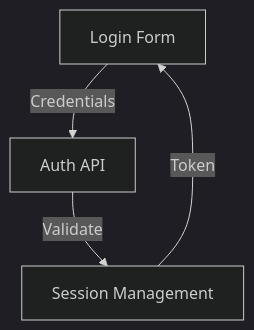
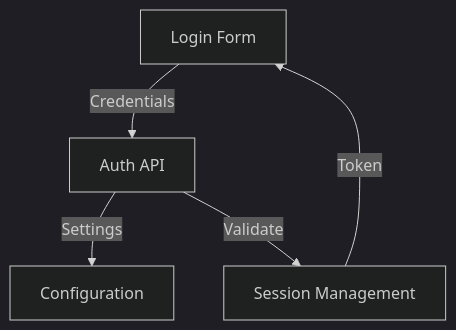
One commit to hermesthecat/odeme_takip_php changed the third of 3 diagrams in memory-bank/systemPatterns.md. Above: the diagram before and after it, drawn with Mermaid (dark theme). The commit also changed other lines of this file and 4 other files, not shown here.

````diff
--- a/memory-bank/systemPatterns.md
+++ b/memory-bank/systemPatterns.md
@@ -198,10 +228,12 @@
 ```mermaid
 graph TD
     Login[Login Form]
     Auth[Auth API]
+    Config[Configuration]
     Session[Session Management]
     
     Login --> |Credentials| Auth
+    Auth --> |Settings| Config
     Auth --> |Validate| Session
     Session --> |Token| Login
 ```
````
